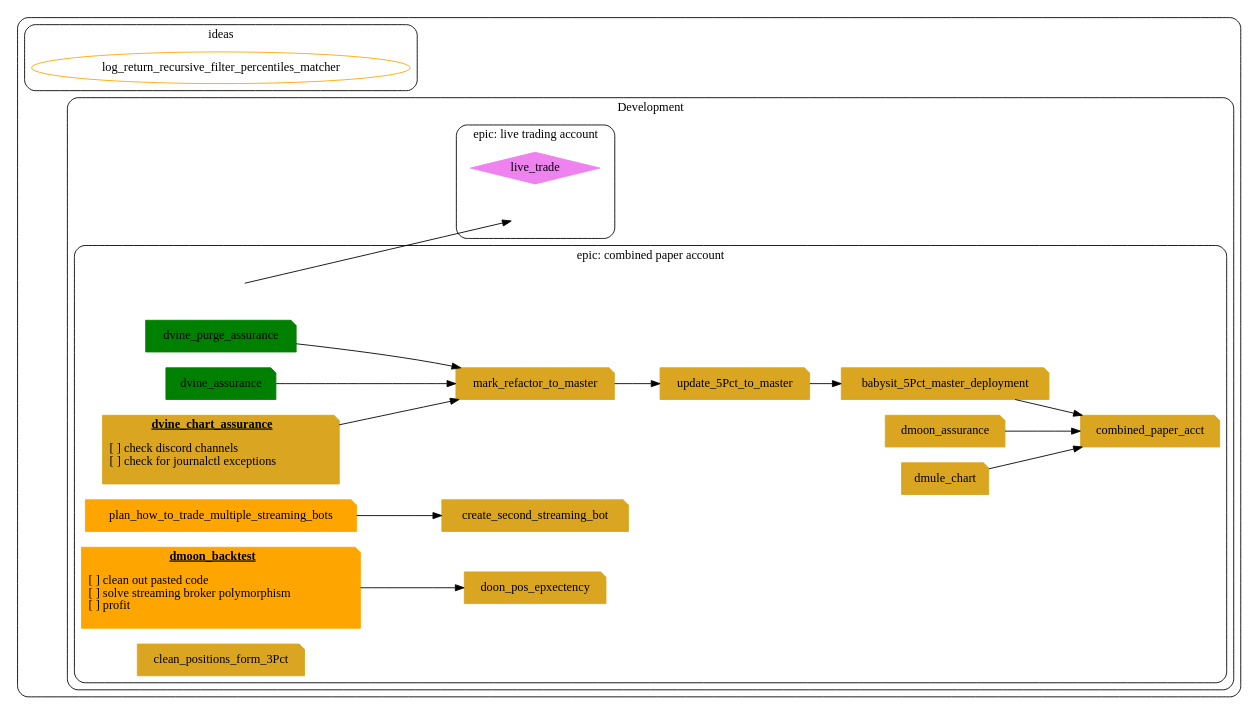
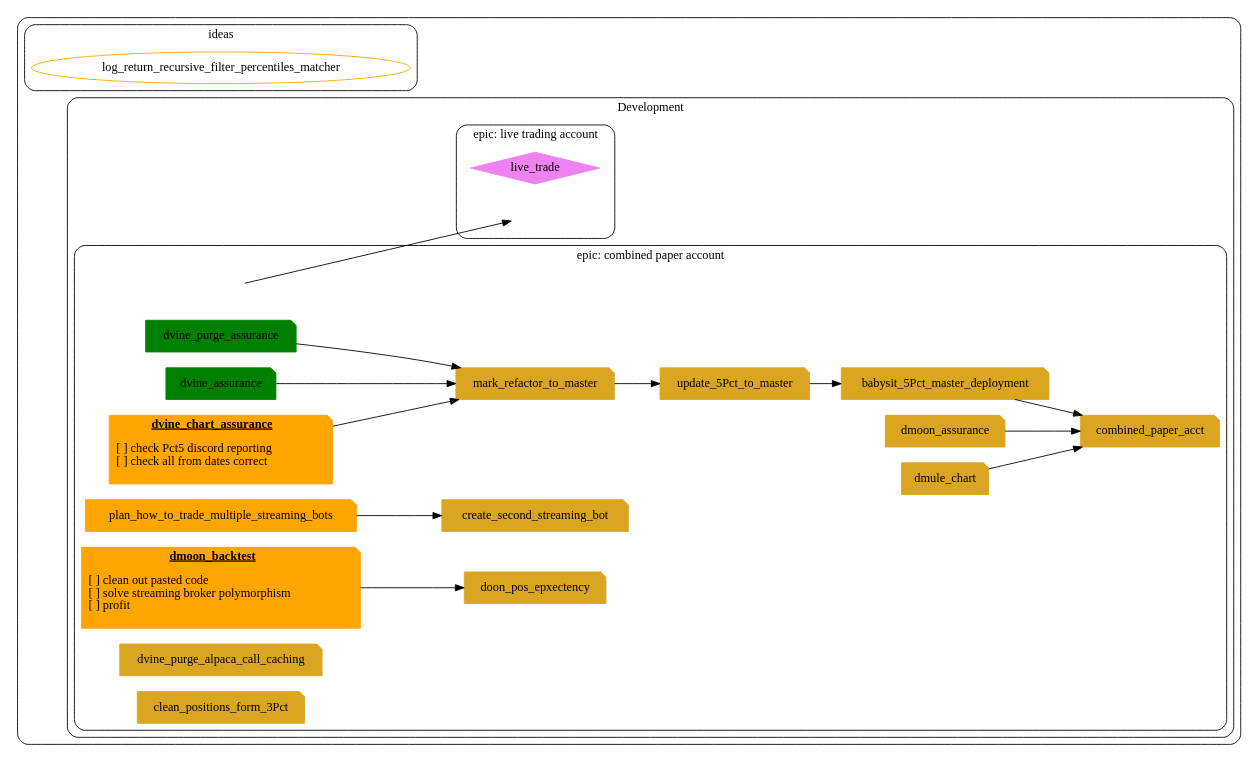
One commit to webclinic017/dvault changed the diagram in tasks.dot. Above: the diagram before and after it, drawn with Graphviz. The commit also changed other lines of this file, not shown here.

```diff
--- a/tasks.dot
+++ b/tasks.dot
@@ -1,151 +1,156 @@
 /*
  * d* tasks
  */
 digraph G {
 
 graph [fontname = "Handlee"];
 node [fontname = "Handlee" shape=note style=filled color=goldenrod];
 edge [fontname = "Handlee"];
 rankdir=LR;
 style="rounded"
 compound=true
 
 
 subgraph cluster_main{
   // label="Quathar"
 
 subgraph cluster_ideas{
   label="ideas"
   node [style=none shape=oval color=orange]
   log_return_recursive_filter_percentiles_matcher
 }
 
 subgraph cluster_dev {
   label="Development"
 
   node[shape=none]
 
   subgraph cluster_epic{
 
     label="epic: combined paper account"
     epic[label="" style="invisible"]
 
     // DONE
     node[fontname = "Handlee" shape=note style=filled color=green];
 
     dvine_purge_assurance
 
     dvine_assurance
 
     // UNDERWAY
     node[fontname = "Handlee" shape=note style=filled color=orange]
 
     plan_how_to_trade_multiple_streaming_bots
 
     dmoon_backtest[
         label=<
         <B><U>dmoon_backtest</U></B>
         <BR/>
         <BR ALIGN="LEFT"/> [ ] clean out pasted code
         <BR ALIGN="LEFT"/> [ ] solve streaming broker polymorphism
         <BR ALIGN="LEFT"/> [ ] profit
         <BR ALIGN="LEFT"/>
         >]
 
 
 
+    dvine_chart_assurance[
+        label=<
+        <B><U>dvine_chart_assurance</U></B>
+        <BR/>
+        <BR ALIGN="LEFT"/> [ ] check Pct5 discord reporting
+        <BR ALIGN="LEFT"/> [ ] check all from dates correct
+        <BR ALIGN="LEFT"/>
+        >]
+
+
+
 
     // TODO
     node [fontname = "Handlee" shape=note style=filled color=goldenrod];
     mark_refactor_to_master->update_5Pct_to_master
 
     update_5Pct_to_master->babysit_5Pct_master_deployment
     babysit_5Pct_master_deployment->combined_paper_acct
 
 
     dvine_assurance->mark_refactor_to_master
 
-    dvine_chart_assurance[
-        label=<
-        <B><U>dvine_chart_assurance</U></B>
-        <BR/>
-        <BR ALIGN="LEFT"/> [ ] check discord channels
-        <BR ALIGN="LEFT"/> [ ] check for journalctl exceptions
-        <BR ALIGN="LEFT"/>
-        >]
-
+    dvine_purge_alpaca_call_caching
+    // bug report from log:
+    // Sep 15 15:47:10 the-rain-maker dvine_purge_us_equity_5Pct[2778868]: W:sleep 3 seconds and retrying https://paper-api.alpaca.markets/v2/calendar 3 more time(s)...
 
 
 
 
 
 
 
     // TODO
     node [fontname = "Handlee" shape=note style=filled color=goldenrod]
 
     plan_how_to_trade_multiple_streaming_bots->create_second_streaming_bot
     dvine_purge_assurance->mark_refactor_to_master
     dmoon_assurance->combined_paper_acct
 
     dmule_chart->combined_paper_acct
 
     clean_positions_form_3Pct
 
     dvine_chart_assurance->mark_refactor_to_master
 
     dmoon_backtest->doon_pos_epxectency
 
 
 
 
   }
 
 
   subgraph cluster_next_epic{
     label="epic: live trading account"
 
     live_trade[shape=diamond color=violet]
 
     node[shape=none]
     next_epic[label="" style="invisible"]
   }
 }
 
 epic->next_epic
 
 
 
 //placeholder_2
 
 } //cluster_
 
 /*
 subgraph cluster_flegend{
 subgraph cluster_legend{
   label="legend"
   bgcolor=transparent;
   fontsize=24
 idea [style=none shape=oval color=orange]
 todo [fontname = "Handlee" shape=note style=filled color=goldenrod];
 done [fontname = "Handlee" shape=note style=filled color=green];
 underway [fontname = "Handlee" shape=note style=filled color=orange];
 bug [fontname = "Handlee" shape=note style=filled color=red];
 goal [shape=diamond color=violet]
 
 todo->done[style=invis,] // for layout
 idea->underway[style=invis,] // for layout
 
 
 }
 }
 */
 
 
 
 
 
 
 
 
 }
```
